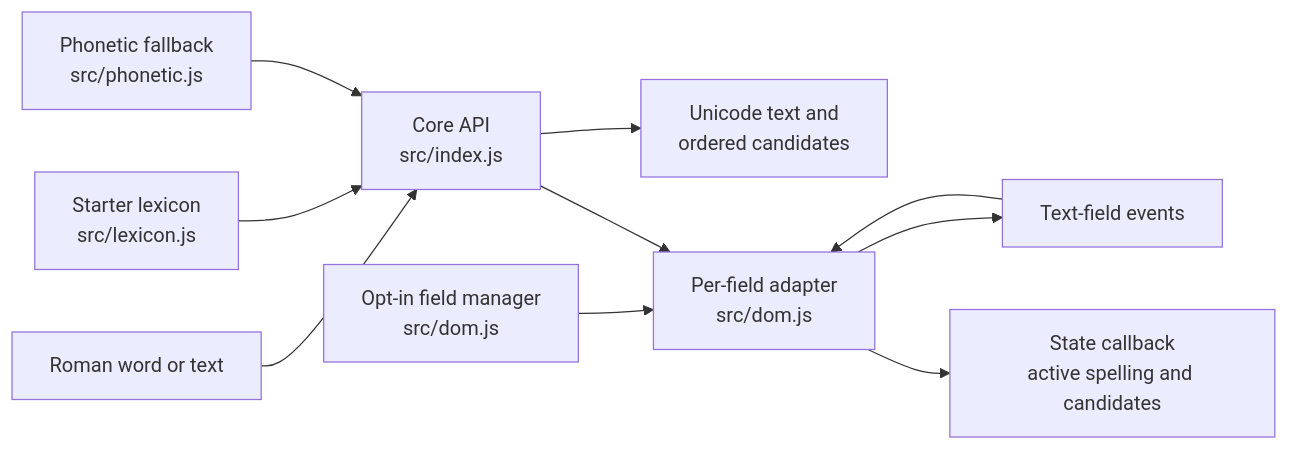
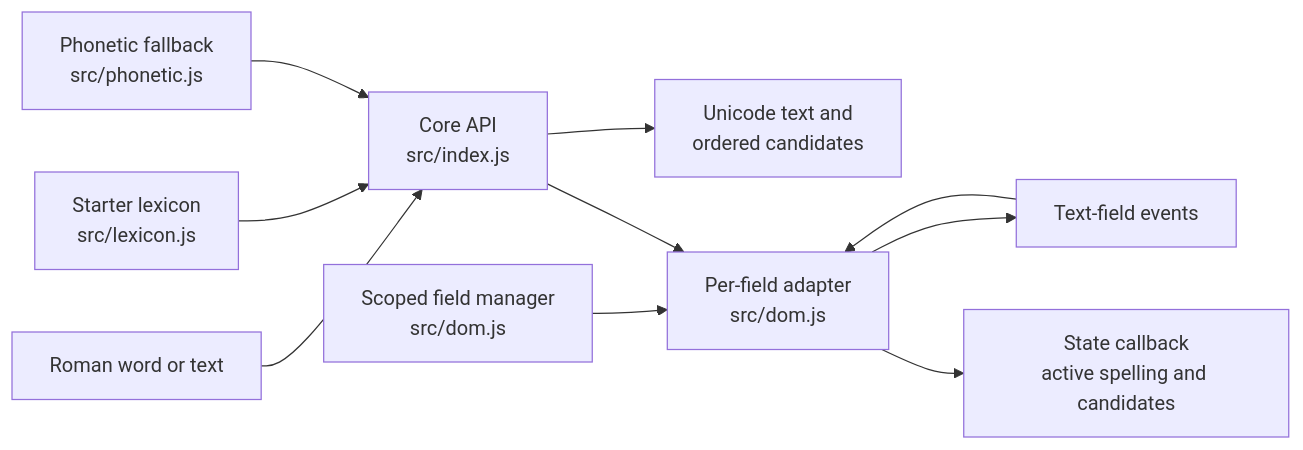
Before and after one commit to ojastechnologies/sahajlipi: the diagram in docs/package/architecture.md, drawn with Mermaid. The commit also changed other lines of this file and 11 other files, not shown here.

Commit message:
Add scoped configuration and multi-field demo

````diff
--- a/docs/package/architecture.md
+++ b/docs/package/architecture.md
@@ -9,12 +9,12 @@
 ```mermaid
 flowchart LR
   A[Roman word or text] --> B[Core API<br/>src/index.js]
   L[Starter lexicon<br/>src/lexicon.js] --> B
   P[Phonetic fallback<br/>src/phonetic.js] --> B
   B --> C[Unicode text and<br/>ordered candidates]
-  M[Opt-in field manager<br/>src/dom.js] --> E[Per-field adapter<br/>src/dom.js]
+  M[Scoped field manager<br/>src/dom.js] --> E[Per-field adapter<br/>src/dom.js]
   D[Text-field events] --> E
   B --> E
   E --> D
   E --> F[State callback<br/>active spelling and candidates]
 ```
````
